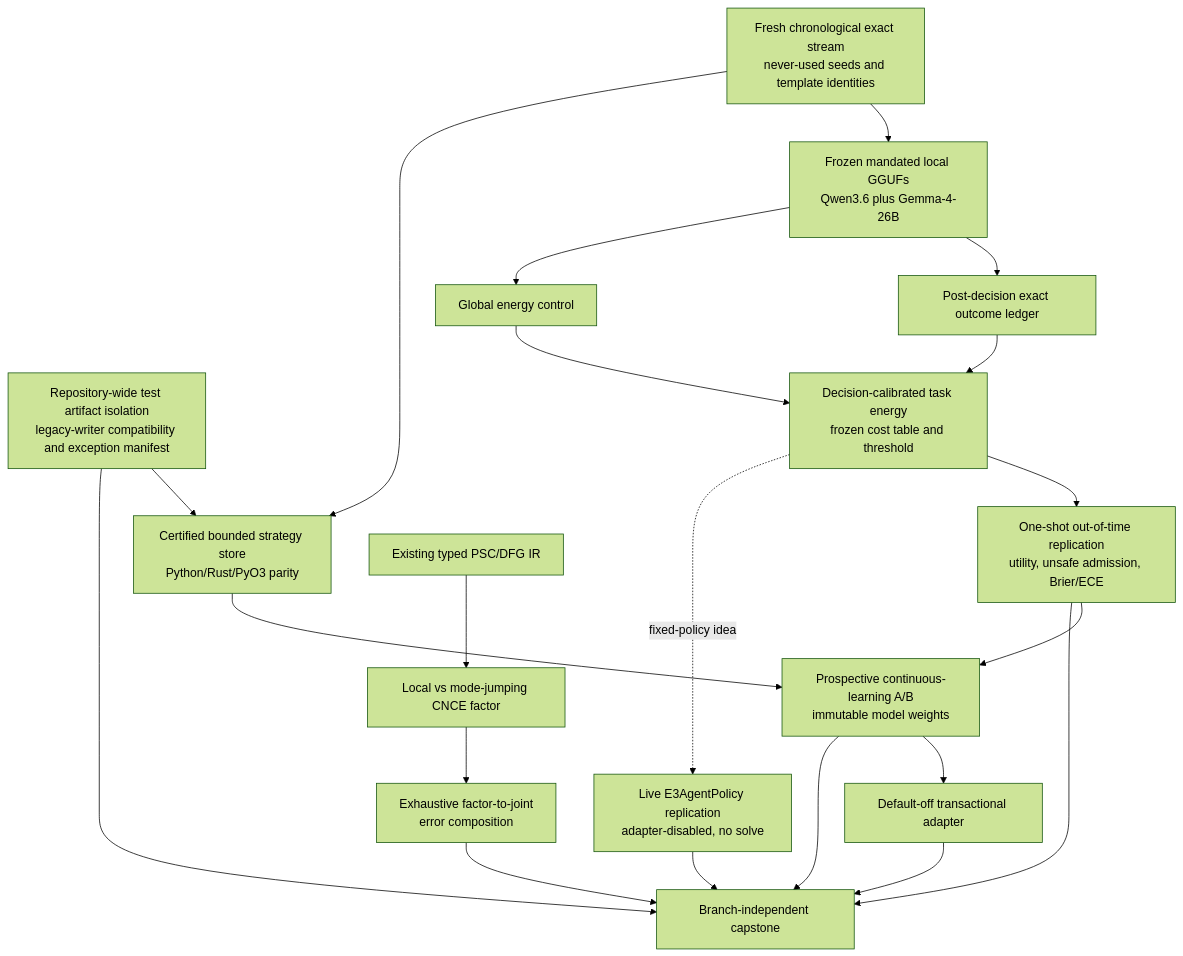
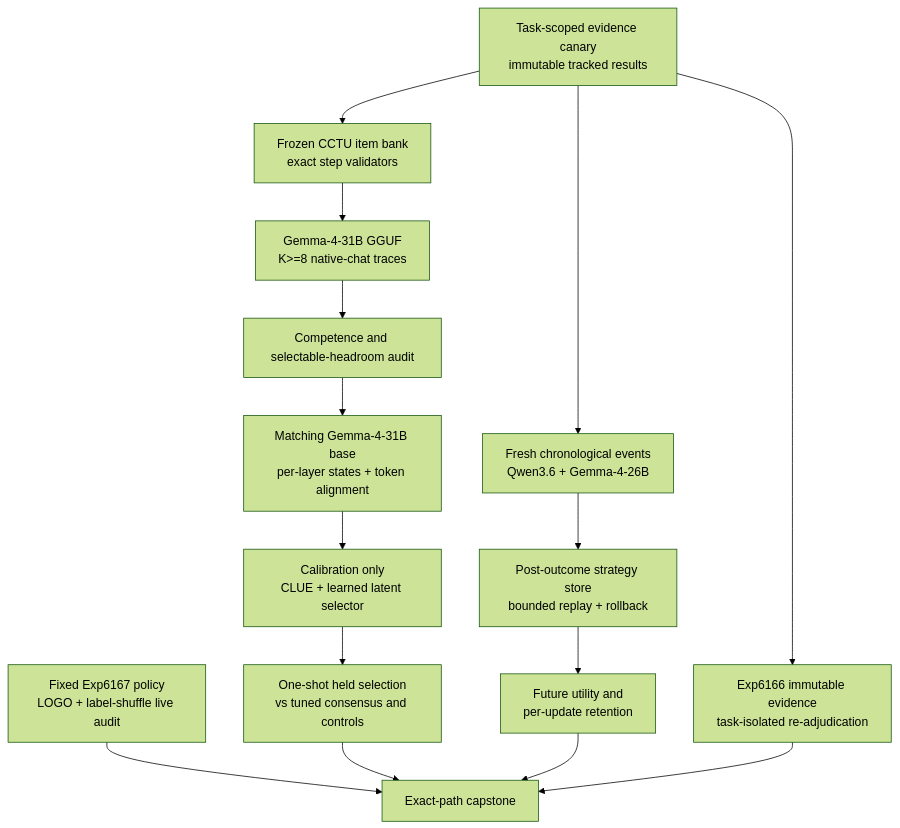
One commit to Carnot-EBM/carnot-ebm changed the diagram in openspec/change-proposals/research-roadmap-vNEXT.md. Above: the diagram before and after it, drawn with Mermaid (forest theme). The commit also changed other lines of this file and 5 other files, not shown here.

````diff
--- a/openspec/change-proposals/research-roadmap-vNEXT.md
+++ b/openspec/change-proposals/research-roadmap-vNEXT.md
@@ -109,40 +102,24 @@
 ```mermaid
 flowchart TD
-    ISO[Repository-wide test artifact isolation\nlegacy-writer compatibility and exception manifest]
-    STREAM[Fresh chronological exact stream\nnever-used seeds and template identities]
-    GGUF[Frozen mandated local GGUFs\nQwen3.6 plus Gemma-4-26B]
-    LEDGER[Post-decision exact outcome ledger]
+    ISO[Task-scoped evidence canary\nimmutable tracked results]
+    BANK[Frozen CCTU item bank\nexact step validators]
+    GGUF[Gemma-4-31B GGUF\nK>=8 native-chat traces]
+    HEAD[Competence and selectable-headroom audit]
+    BASE[Matching Gemma-4-31B base\nper-layer states + token alignment]
+    CAL[Calibration only\nCLUE + learned latent selector]
+    HELD[One-shot held selection\nvs tuned consensus and controls]
+    STREAM[Fresh chronological events\nQwen3.6 + Gemma-4-26B]
+    MEM[Post-outcome strategy store\nbounded replay + rollback]
+    RET[Future utility and\nper-update retention]
+    STOCH[Exp6166 immutable evidence\ntask-isolated re-adjudication]
+    ARC[Fixed Exp6167 policy\nLOGO + label-shuffle live audit]
+    CAP[Exact-path capstone]
 
-    GLOBAL[Global energy control]
-    DECAL[Decision-calibrated task energy\nfrozen cost table and threshold]
-    HELD[One-shot out-of-time replication\nutility, unsafe admission, Brier/ECE]
-
-    STORE[Certified bounded strategy store\nPython/Rust/PyO3 parity]
-    CSL[Prospective continuous-learning A/B\nimmutable model weights]
-    SHADOW[Default-off transactional adapter]
-
-    IR[Existing typed PSC/DFG IR]
-    CNCE[Local vs mode-jumping CNCE factor]
-    COMPOSE[Exhaustive factor-to-joint\nerror composition]
-
-    ARC[Live E3AgentPolicy replication\nadapter-disabled, no solve]
-    CAP[Branch-independent capstone]
-
-    STREAM --> GGUF --> LEDGER
-    GGUF --> GLOBAL --> DECAL --> HELD
-    LEDGER --> DECAL
-    STREAM --> STORE
-    ISO --> STORE
-    STORE --> CSL
-    HELD --> CSL --> SHADOW
-
-    IR --> CNCE --> COMPOSE
-    DECAL -. fixed-policy idea .-> ARC
-
-    ISO --> CAP
+    ISO --> BANK --> GGUF --> HEAD --> BASE --> CAL --> HELD
+    ISO --> STREAM --> MEM --> RET
+    ISO --> STOCH
+    ARC --> CAP
     HELD --> CAP
-    CSL --> CAP
-    SHADOW --> CAP
-    COMPOSE --> CAP
-    ARC --> CAP
+    RET --> CAP
+    STOCH --> CAP
 ```
````
